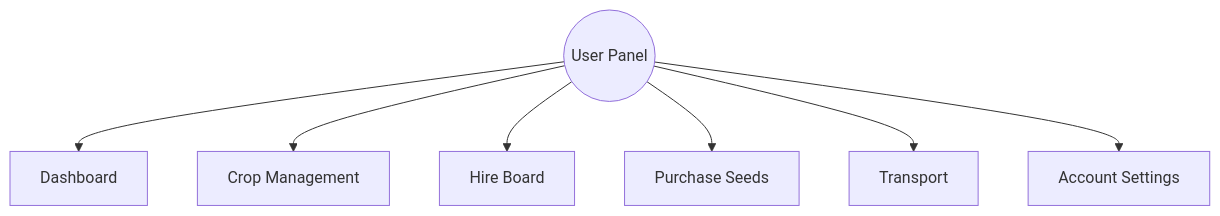
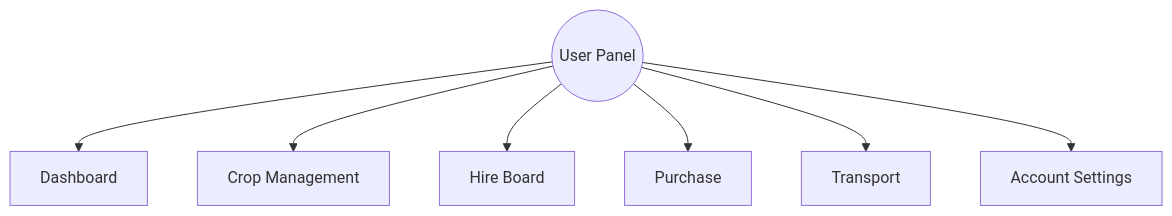
Before and after one commit to SyncFool/farmer-solutions: the second of 2 diagrams in README.md, drawn with Mermaid. The commit also changed other lines of this file, not shown here.

````diff
--- a/README.md
+++ b/README.md
@@ -132,23 +130,23 @@
 ```mermaid
 
   
 
 flowchart TD
 
 UP((User Panel))
 
 UP --> DS[Dashboard]
 
 UP --> CM[Crop Management]
 
 UP --> HR[Hire Board]
 
-UP --> PS[Purchase Seeds]
+UP --> PS[Purchase]
 
 UP --> TS[Transport ]
 
 UP --> AS[Account Settings]
 
 
 
 ```
````
